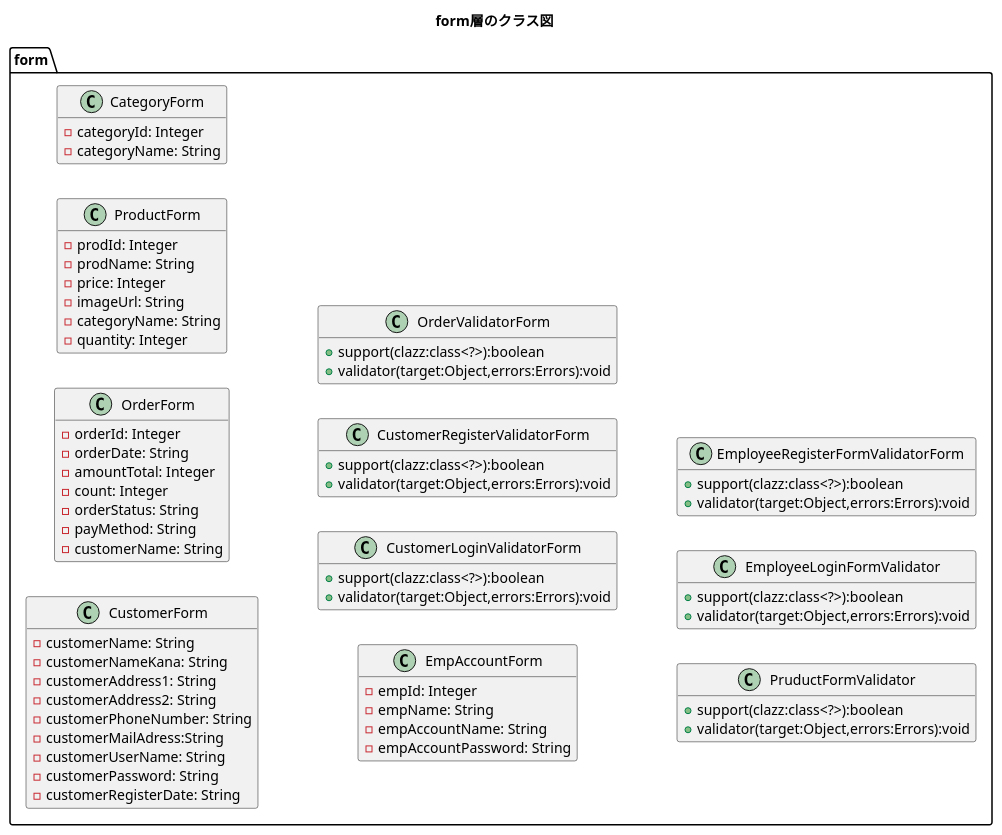
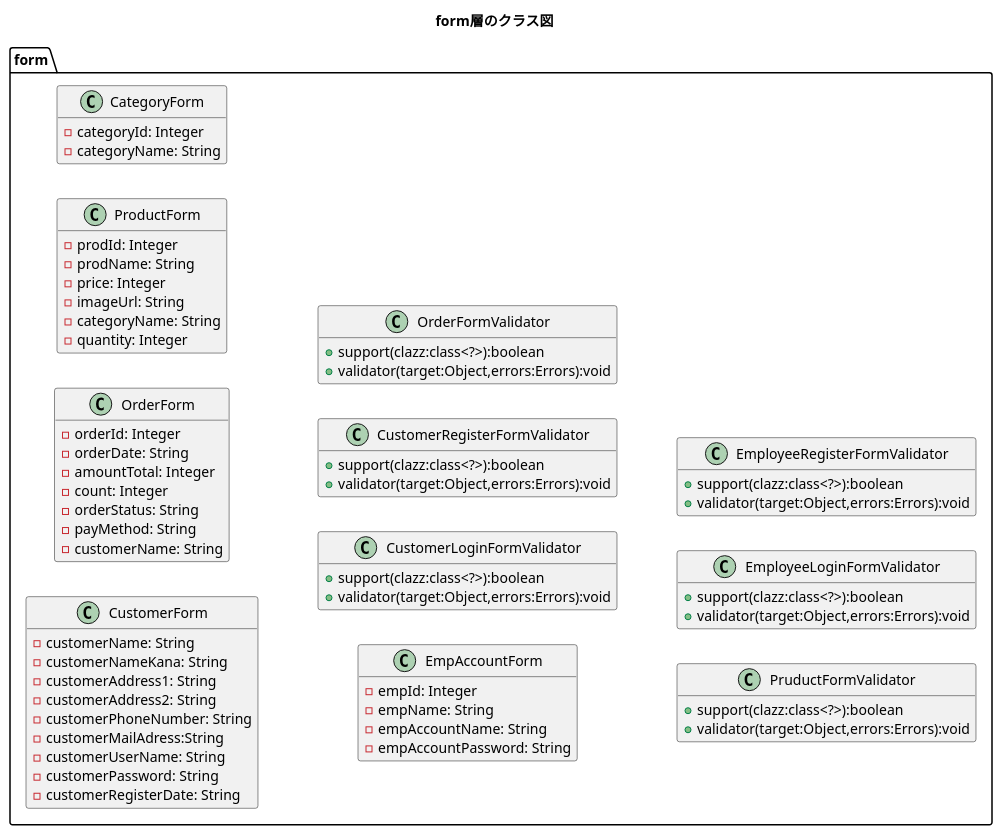
Before and after one commit to kanavii3333/ec-b: the diagram in plan/uml/class/form.plantuml, drawn with PlantUML.

Commit message:
クラス名のForm位置を変更

```diff
--- a/plan/uml/class/form.plantuml
+++ b/plan/uml/class/form.plantuml
@@ -1,82 +1,82 @@
 @startuml
 title form層のクラス図
 hide empty members
 left to right direction
 
 package form{
 
     class CustomerForm{
         -customerName: String
         -customerNameKana: String
         -customerAddress1: String
         -customerAddress2: String
         -customerPhoneNumber: String
         -customerMailAdress:String
         -customerUserName: String
         -customerPassword: String
         -customerRegisterDate: String
     }
 
     class OrderForm{
         -orderId: Integer
         -orderDate: String
         -amountTotal: Integer
         -count: Integer
         -orderStatus: String
         -payMethod: String
         -customerName: String
     }
 
     class ProductForm{
         -prodId: Integer
         -prodName: String
         -price: Integer
         -imageUrl: String
         -categoryName: String
         -quantity: Integer
     }
     
     class CategoryForm{
         -categoryId: Integer
         -categoryName: String
     }
 	
 	
 	class EmpAccountForm{
 		-empId: Integer
 		-empName: String
 		-empAccountName: String
         -empAccountPassword: String
 	}
     
-    class CustomerLoginValidatorForm{
+    class CustomerLoginFormValidator{
 		+support(clazz:class<?>):boolean
 		+validator(target:Object,errors:Errors):void
     }
 
-    class CustomerRegisterValidatorForm{
+    class CustomerRegisterFormValidator{
 		+support(clazz:class<?>):boolean
 		+validator(target:Object,errors:Errors):void
     }
     
-    class OrderValidatorForm{
+    class OrderFormValidator{
 		+support(clazz:class<?>):boolean
 		+validator(target:Object,errors:Errors):void
     }
     
     class PruductFormValidator{
 		+support(clazz:class<?>):boolean
 		+validator(target:Object,errors:Errors):void
     }
     
     class EmployeeLoginFormValidator{
 		+support(clazz:class<?>):boolean
 		+validator(target:Object,errors:Errors):void
     }
 
-    class EmployeeRegisterFormValidatorForm{
+    class EmployeeRegisterFormValidator{
 		+support(clazz:class<?>):boolean
 		+validator(target:Object,errors:Errors):void
     }
 }
 @enduml
```
